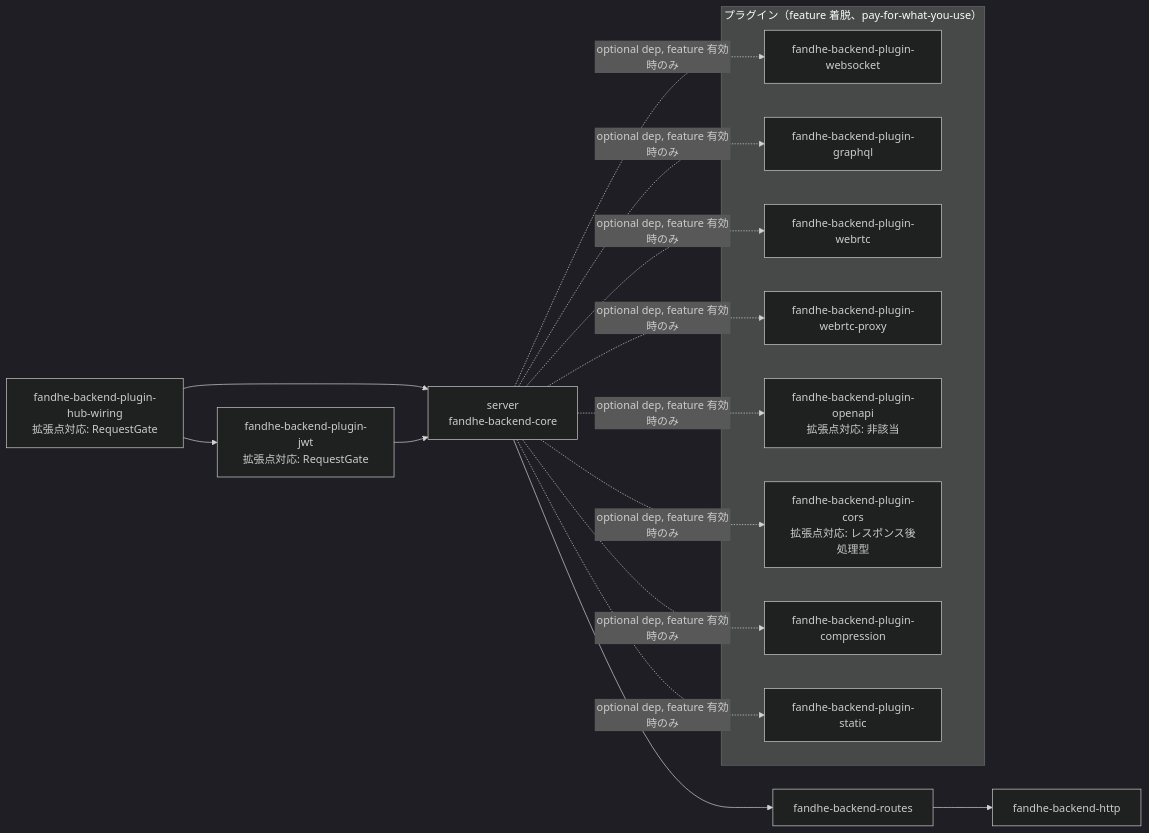
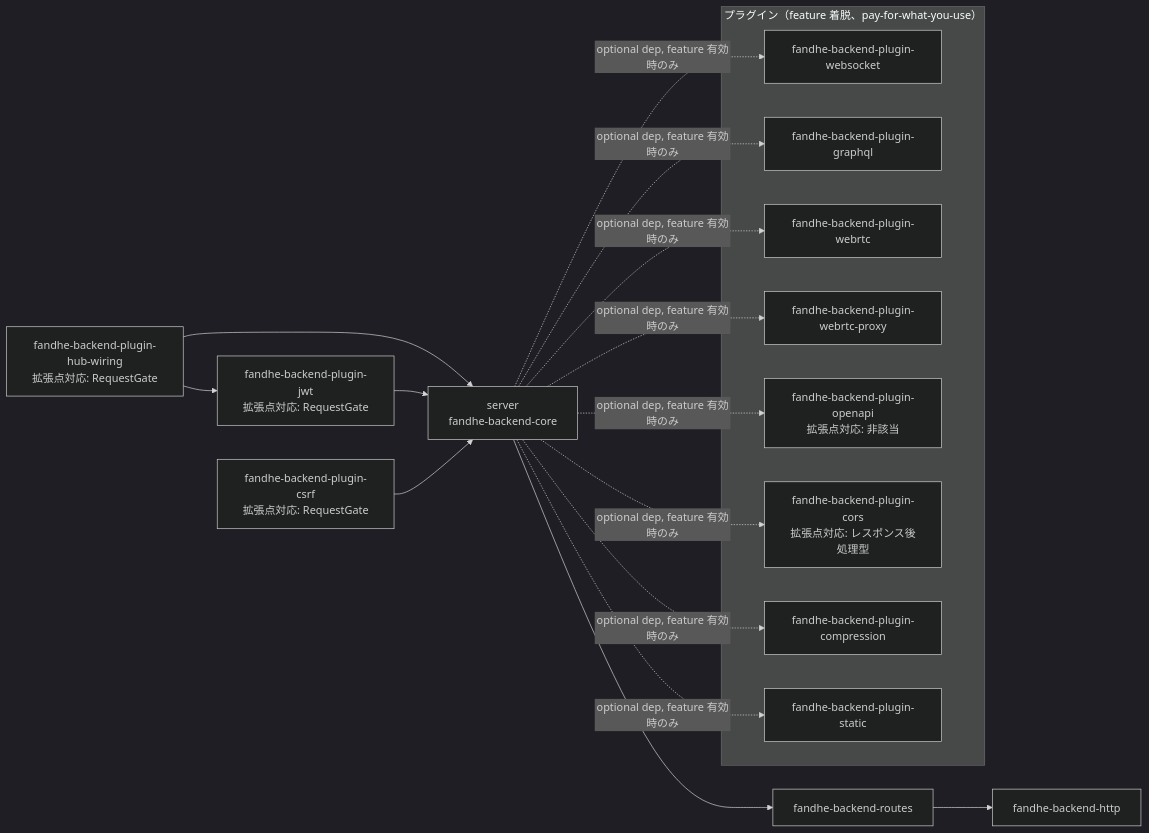
One commit to Fandhe-AI/fandhe-backend changed the diagram in docs/design/dependency-graph-contract.md. Above: the diagram before and after it, drawn with Mermaid (dark theme). The commit also changed other lines of this file and 15 other files, not shown here.

First line of the commit message:
docs(global): plugin-csrf の追加に伴う文書を追随させ REQ-17 の受け入れレポートを追加する (#855)

````diff
--- a/docs/design/dependency-graph-contract.md
+++ b/docs/design/dependency-graph-contract.md
@@ -29,29 +29,30 @@
 ```mermaid
 graph LR
     server[server<br/>fandhe-backend-core] --> routes[fandhe-backend-routes]
     routes --> http[fandhe-backend-http]
 
     server -.->|optional dep, feature 有効時のみ| ws[fandhe-backend-plugin-websocket]
     server -.->|optional dep, feature 有効時のみ| gql[fandhe-backend-plugin-graphql]
     server -.->|optional dep, feature 有効時のみ| rtc[fandhe-backend-plugin-webrtc]
     server -.->|optional dep, feature 有効時のみ| rtcproxy[fandhe-backend-plugin-webrtc-proxy]
     server -.->|optional dep, feature 有効時のみ| openapi[fandhe-backend-plugin-openapi<br/>拡張点対応: 非該当]
     server -.->|optional dep, feature 有効時のみ| cors[fandhe-backend-plugin-cors<br/>拡張点対応: レスポンス後処理型]
     server -.->|optional dep, feature 有効時のみ| compression[fandhe-backend-plugin-compression]
     server -.->|optional dep, feature 有効時のみ| static_files[fandhe-backend-plugin-static]
 
     hub[fandhe-backend-plugin-hub-wiring<br/>拡張点対応: RequestGate] --> server
     jwt[fandhe-backend-plugin-jwt<br/>拡張点対応: RequestGate] --> server
+    csrf[fandhe-backend-plugin-csrf<br/>拡張点対応: RequestGate] --> server
     hub --> jwt
 
     subgraph "プラグイン（feature 着脱、pay-for-what-you-use）"
         ws
         gql
         rtc
         rtcproxy
         openapi
         cors
         compression
         static_files
     end
 ```
````
